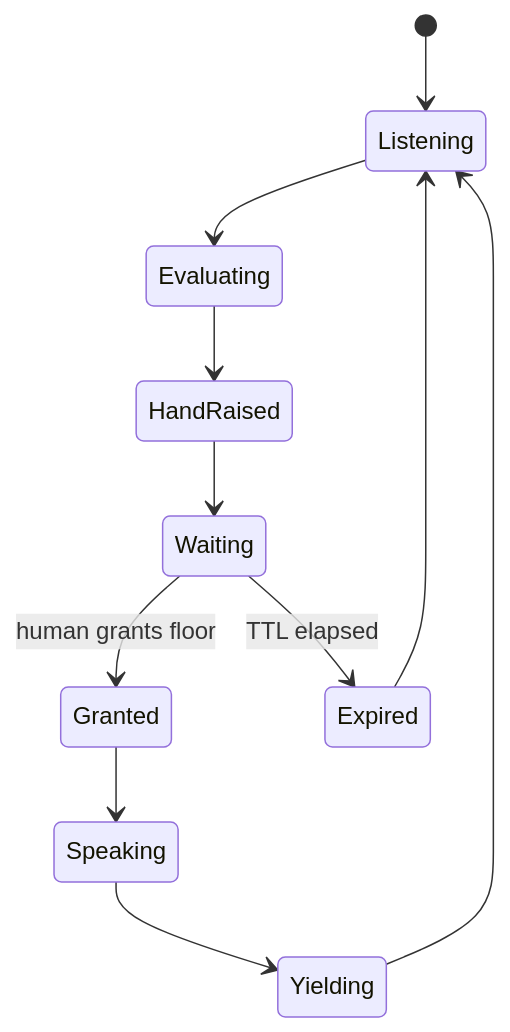
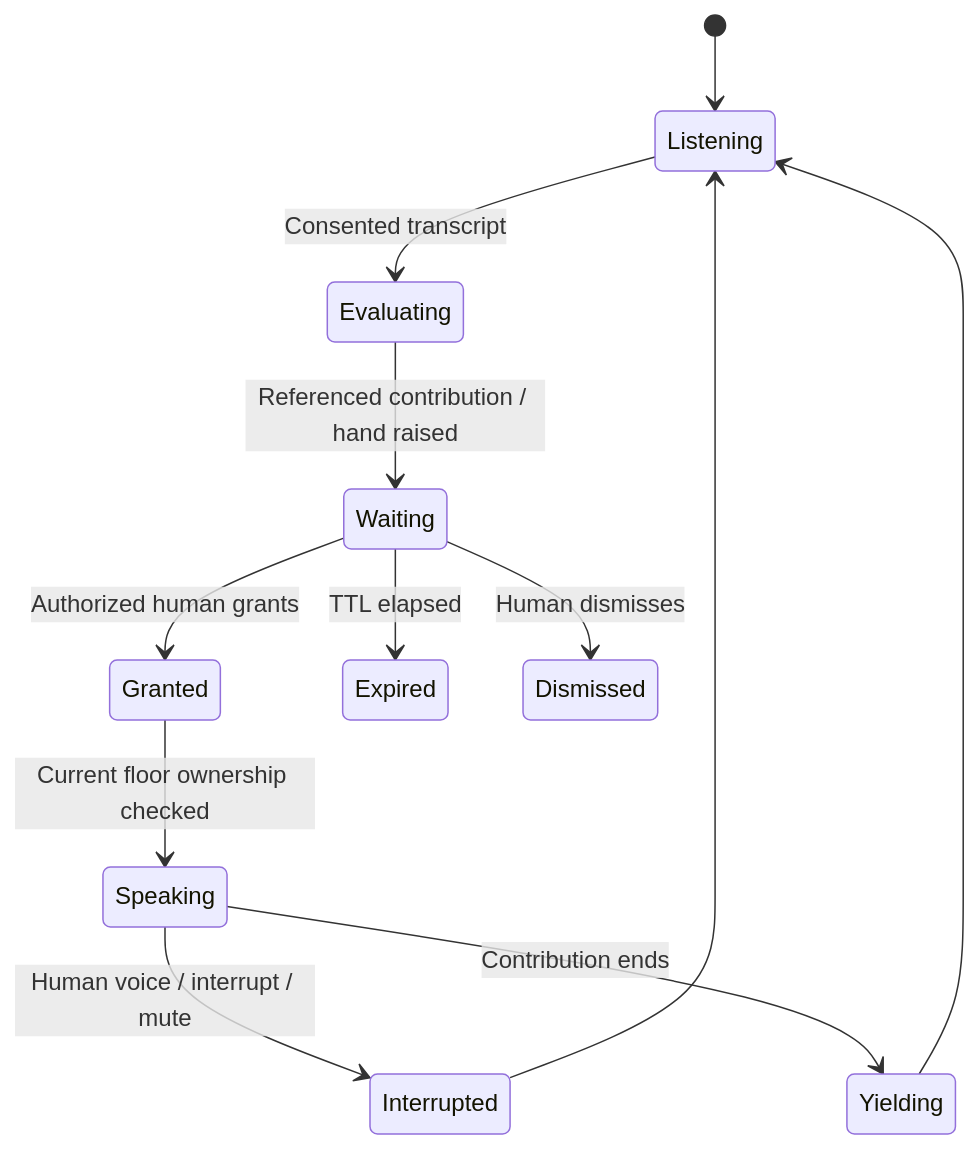
Before and after one commit to GaneshNair007/switch-AI: the third of 3 diagrams in README.md, drawn with Mermaid. The commit also changed other lines of this file and 42 other files, not shown here.

````diff
--- a/README.md
+++ b/README.md
@@ -301,13 +248,14 @@
 ```mermaid
 stateDiagram-v2
     [*] --> Listening
-    Listening --> Evaluating
-    Evaluating --> HandRaised
-    HandRaised --> Waiting
-    Waiting --> Granted: human grants floor
+    Listening --> Evaluating: Consented transcript
+    Evaluating --> Waiting: Referenced contribution / hand raised
+    Waiting --> Granted: Authorized human grants
     Waiting --> Expired: TTL elapsed
-    Granted --> Speaking
-    Speaking --> Yielding
+    Waiting --> Dismissed: Human dismisses
+    Granted --> Speaking: Current floor ownership checked
+    Speaking --> Interrupted: Human voice / interrupt / mute
+    Speaking --> Yielding: Contribution ends
     Yielding --> Listening
-    Expired --> Listening
+    Interrupted --> Listening
 ```
````
